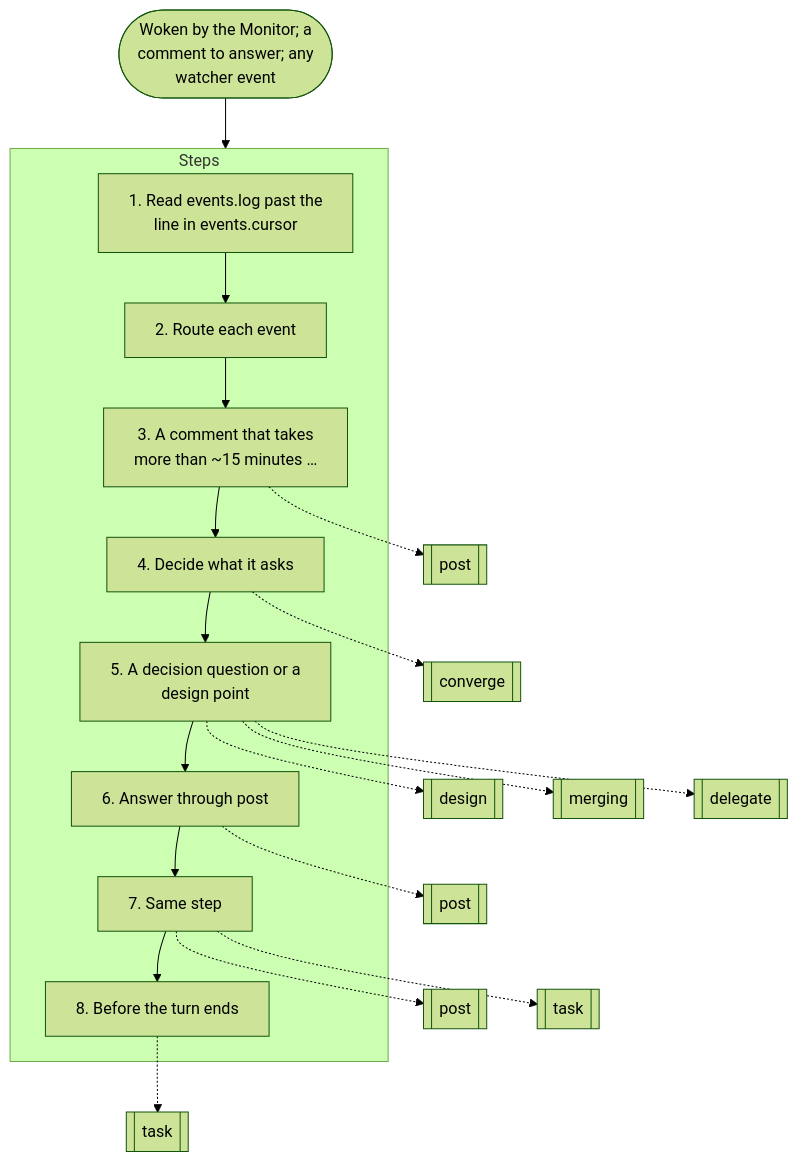
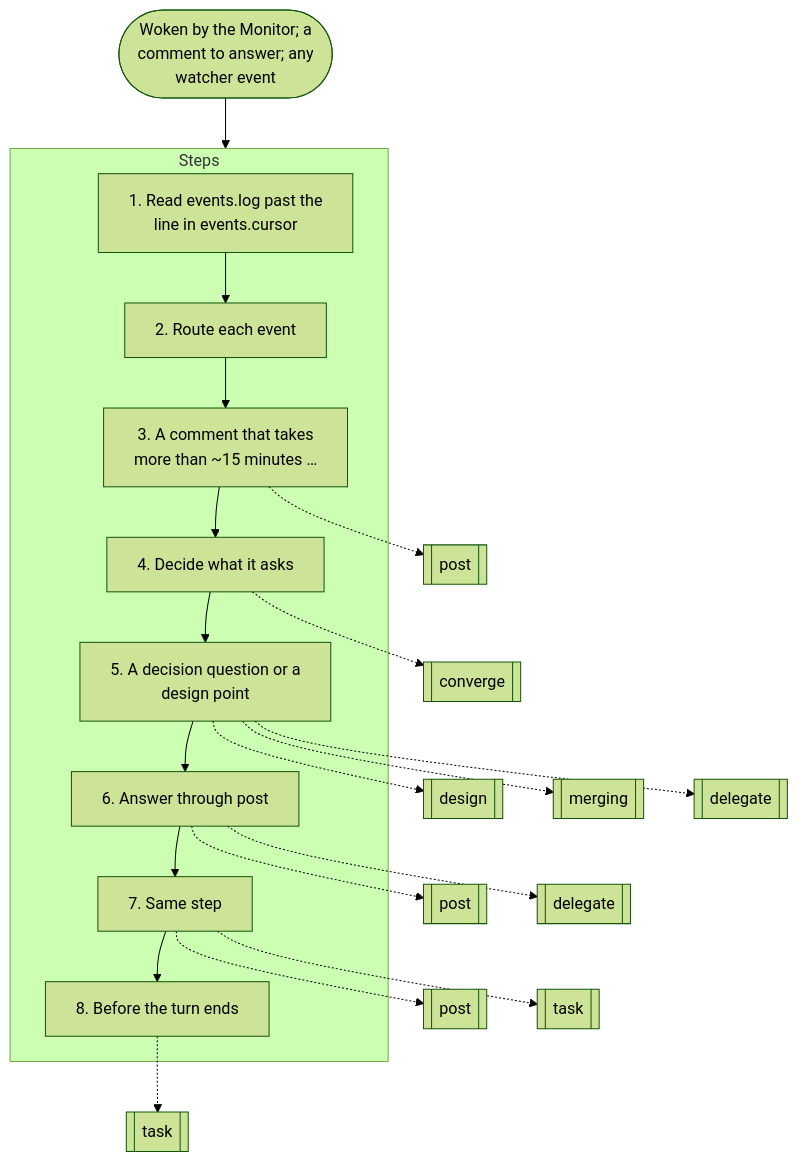
One commit to nitedani-agent/mergeworthy changed the third of 19 diagrams in docs/graphs.md. Above: the diagram before and after it, drawn with Mermaid (forest theme). The commit also changed 4 other files, not shown here.

````diff
--- a/docs/graphs.md
+++ b/docs/graphs.md
@@ -77,31 +77,32 @@
 ```mermaid
 flowchart TB
   start(["Woken by the Monitor; a<br/>comment to answer; any<br/>watcher event"])
   subgraph g0["Steps"]
     s0["1. Read events.log past the<br/>line in events.cursor"]
     s1["2. Route each event"]
     s0 --> s1
     s2["3. A comment that takes<br/>more than ~15 minutes …"]
     s1 --> s2
     s3["4. Decide what it asks"]
     s2 --> s3
     s4["5. A decision question or a<br/>design point"]
     s3 --> s4
     s5["6. Answer through post"]
     s4 --> s5
     s6["7. Same step"]
     s5 --> s6
     s7["8. Before the turn ends"]
     s6 --> s7
   end
   s2 -.-> r1[["post"]]
   s3 -.-> r2[["converge"]]
   s4 -.-> r3[["design"]]
   s4 -.-> r4[["merging"]]
   s4 -.-> r5[["delegate"]]
   s5 -.-> r6[["post"]]
-  s6 -.-> r7[["post"]]
-  s6 -.-> r8[["task"]]
-  s7 -.-> r9[["task"]]
+  s5 -.-> r7[["delegate"]]
+  s6 -.-> r8[["post"]]
+  s6 -.-> r9[["task"]]
+  s7 -.-> r10[["task"]]
   start --> g0
 ```
````
